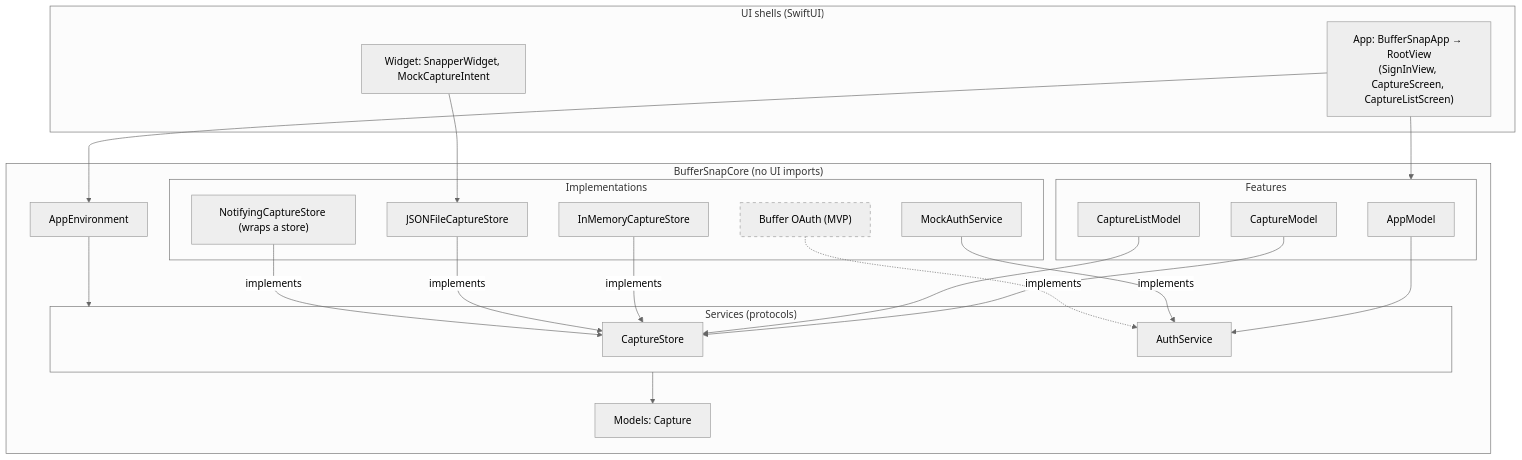
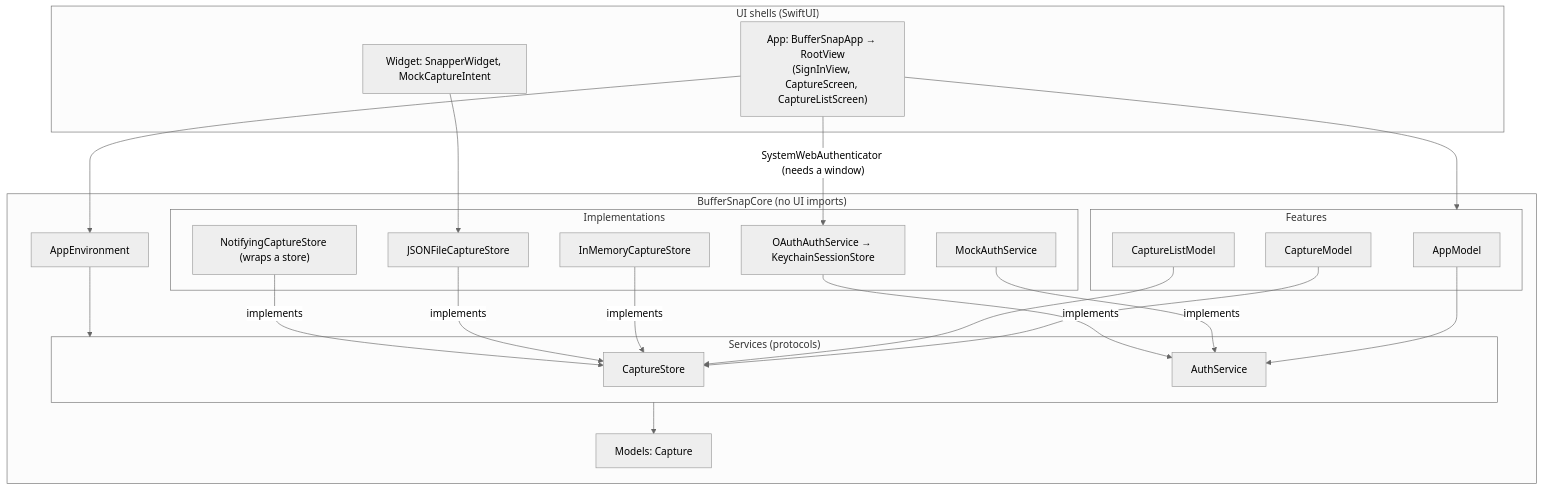
One commit to southp/buffer-snap changed the first of 3 diagrams in docs/architecture.md. Above: the diagram before and after it, drawn with Mermaid (neutral theme). The commit also changed other lines of this file and 4 other files, not shown here.

````diff
--- a/docs/architecture.md
+++ b/docs/architecture.md
@@ -28,45 +28,43 @@
 ```mermaid
 flowchart TD
     subgraph shells["UI shells (SwiftUI)"]
         App["App: BufferSnapApp → RootView<br/>(SignInView, CaptureScreen, CaptureListScreen)"]
         Widget["Widget: SnapperWidget, MockCaptureIntent"]
     end
 
     subgraph core["BufferSnapCore (no UI imports)"]
         Env["AppEnvironment"]
         subgraph features["Features"]
             AppModel["AppModel"]
             CaptureModel["CaptureModel"]
             CaptureListModel["CaptureListModel"]
         end
         subgraph services["Services (protocols)"]
             CaptureStore["CaptureStore"]
             AuthService["AuthService"]
         end
         subgraph impls["Implementations"]
             InMemory["InMemoryCaptureStore"]
             MockAuth["MockAuthService"]
             FileStore["JSONFileCaptureStore"]
             Notifying["NotifyingCaptureStore (wraps a store)"]
-            OAuth["Buffer OAuth (MVP)"]
+            OAuth["OAuthAuthService → KeychainSessionStore"]
         end
         Capture["Models: Capture"]
     end
 
     App --> Env
     App --> features
     Widget --> FileStore
     Env --> services
     AppModel --> AuthService
     CaptureModel --> CaptureStore
     CaptureListModel --> CaptureStore
     InMemory -->|implements| CaptureStore
     FileStore -->|implements| CaptureStore
     Notifying -->|implements| CaptureStore
     MockAuth -->|implements| AuthService
-    OAuth -.->|implements| AuthService
+    OAuth -->|implements| AuthService
+    App -->|"SystemWebAuthenticator (needs a window)"| OAuth
     services --> Capture
-
-    classDef planned stroke-dasharray: 5 5
-    class OAuth planned
 ```
````
